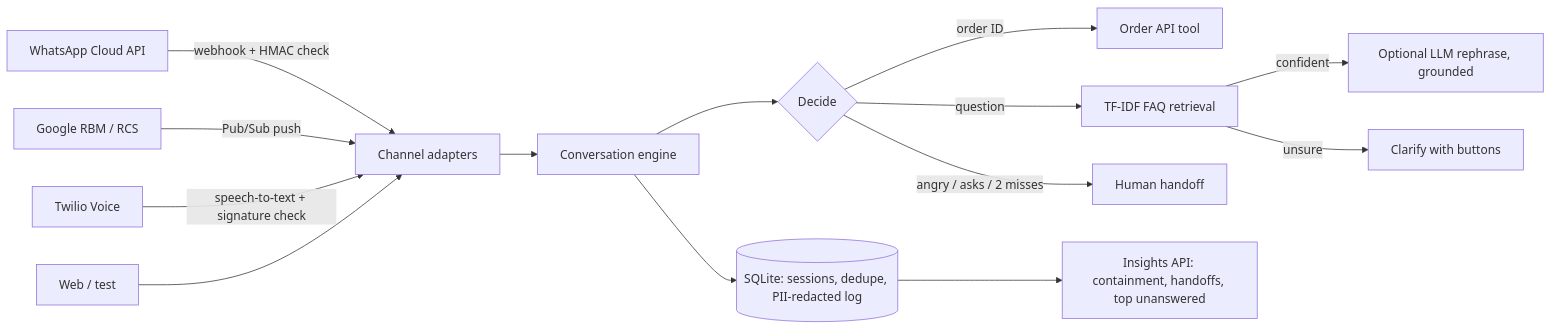
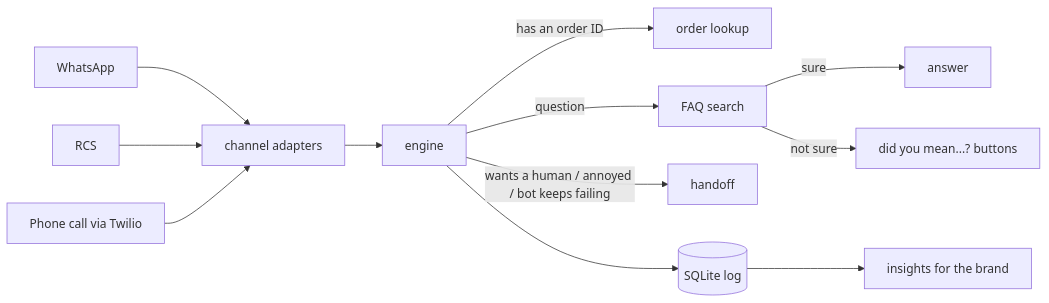
One commit to imhtc3/Brand-Assistant changed the diagram in README.md. Above: the diagram before and after it, drawn with Mermaid. The commit also changed other lines of this file, not shown here.

````diff
--- a/README.md
+++ b/README.md
@@ -7,16 +13,14 @@
 ```mermaid
 flowchart LR
-    WA[WhatsApp Cloud API] -->|webhook + HMAC check| A
-    RCS[Google RBM / RCS] -->|Pub/Sub push| A
-    V[Twilio Voice] -->|speech-to-text + signature check| A
-    W[Web / test] --> A
-    A[Channel adapters] --> E[Conversation engine]
-    E --> D{Decide}
-    D -->|order ID| T[Order API tool]
-    D -->|question| R[TF-IDF FAQ retrieval]
-    R -->|confident| L[Optional LLM rephrase, grounded]
-    R -->|unsure| C[Clarify with buttons]
-    D -->|angry / asks / 2 misses| H[Human handoff]
-    E --> S[(SQLite: sessions, dedupe, PII-redacted log)]
-    S --> I[Insights API: containment, handoffs, top unanswered]
+    WA[WhatsApp] --> A[channel adapters]
+    RCS[RCS] --> A
+    V[Phone call via Twilio] --> A
+    A --> E[engine]
+    E -->|has an order ID| T[order lookup]
+    E -->|question| R[FAQ search]
+    R -->|sure| ANS[answer]
+    R -->|not sure| C["did you mean...?" buttons]
+    E -->|wants a human / annoyed / bot keeps failing| H[handoff]
+    E --> DB[(SQLite log)]
+    DB --> I[insights for the brand]
 ```
````
